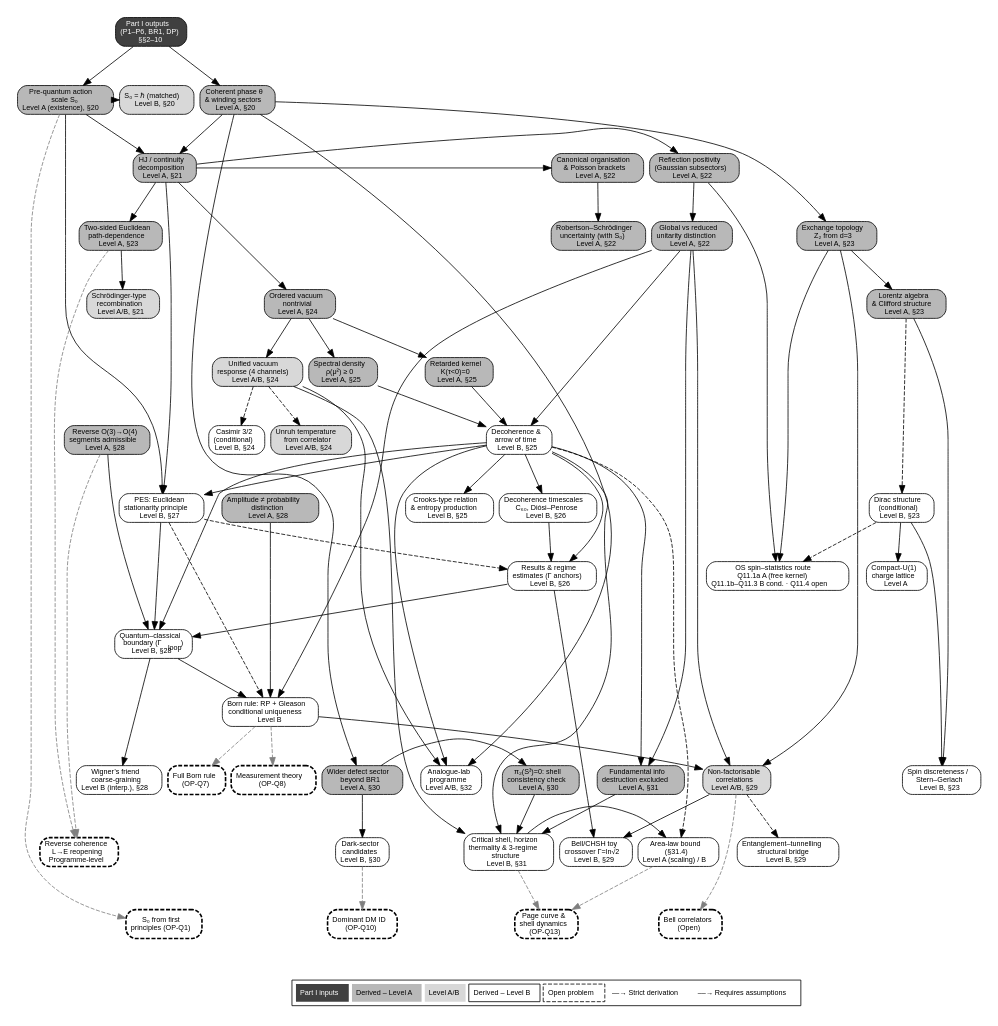
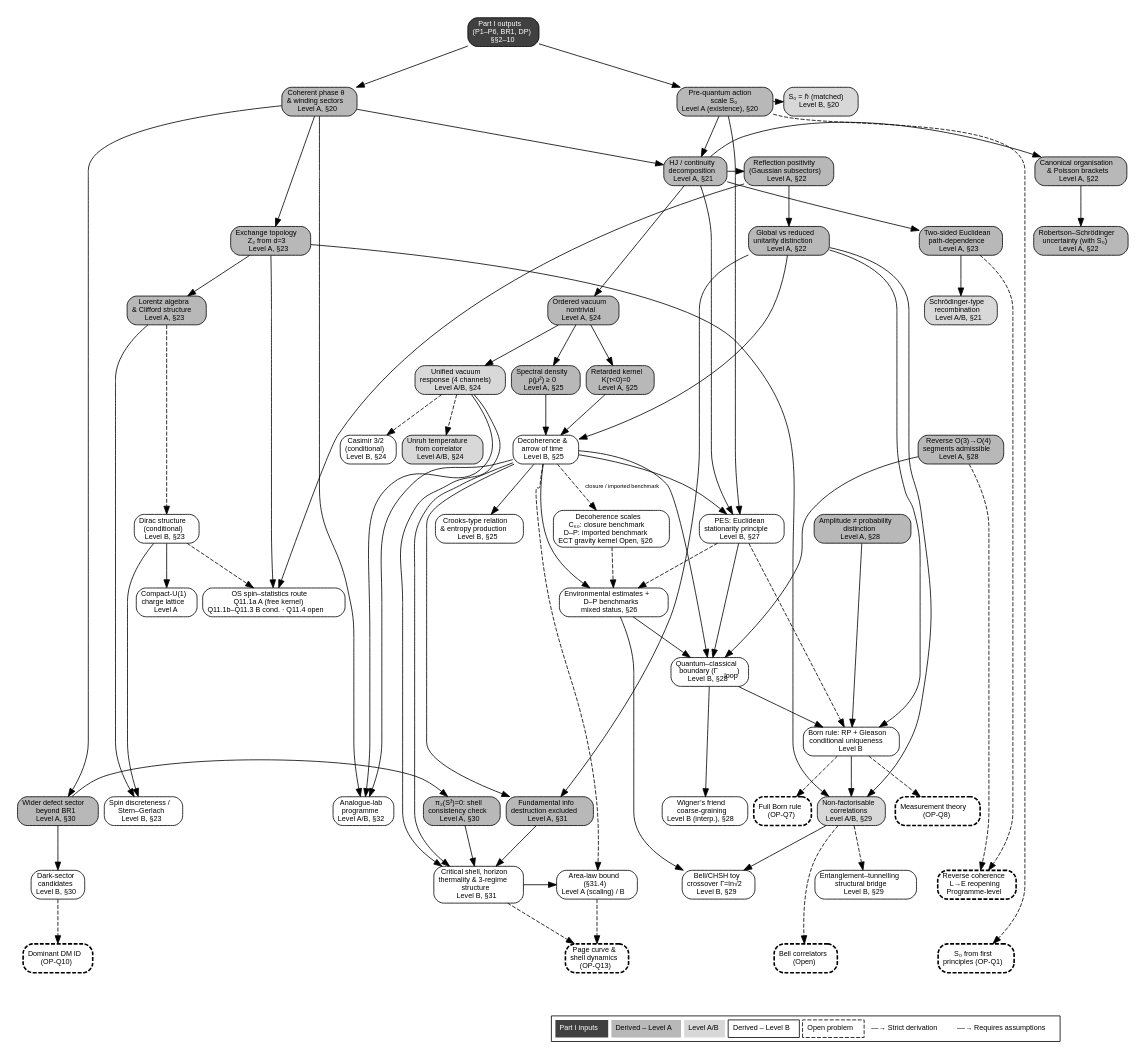
The diagram in scripts/fig_partIII_vertical_v2.gv (chufelo/ECT-preprint-code), drawn with Graphviz before and after one commit. The commit also changed 300 other files, not shown here.

```diff
--- a/scripts/fig_partIII_vertical_v2.gv
+++ b/scripts/fig_partIII_vertical_v2.gv
@@ -4,7 +4,7 @@
   margin="0";
   fontname="Helvetica";
   node [fontname="Helvetica", fontsize=9, shape=box, style="rounded,filled", margin="0.08,0.04"];
-  edge [fontname="Helvetica", fontsize=7];
+  edge [fontname="Helvetica", fontsize=7, color="black"];
   splines=true;
   nodesep=0.10;
   ranksep=0.68;
@@ -42,7 +42,7 @@
 
   node [fillcolor="#ffffff", fontcolor=black];
   decoh        [label=<Decoherence &#x26;<BR/>arrow of time<BR/>Level B, &#x00A7;25>];
-  tau_dec      [label=<Decoherence timescales<BR/>C&#x2086;&#x2080;, Di&#xF3;si&#x2013;Penrose<BR/>Level B, &#x00A7;26>];
+  tau_dec      [label=<Decoherence scales<BR/>C&#x2086;&#x2080;: closure benchmark<BR/>D&#x2013;P: imported benchmark<BR/>ECT gravity kernel Open, &#x00A7;26>];
   crooks       [label=<Crooks-type relation<BR/>&#x26; entropy production<BR/>Level B, &#x00A7;25>];
   born         [label=<Born rule: RP + Gleason<BR/>conditional uniqueness<BR/>Level B>];
   qc_boundary  [label=<Quantum&#x2013;classical<BR/>boundary (&#x0393;<SUB>loop</SUB>)<BR/>Level B, &#x00A7;28>];
@@ -53,7 +53,7 @@
   bh_shell     [label=<Critical shell, horizon<BR/>thermality &#x26; 3-regime<BR/>structure<BR/>Level B, &#x00A7;31>];
   dark_cand    [label=<Dark-sector<BR/>candidates<BR/>Level B, &#x00A7;30>];
   analogue     [label=<Analogue-lab<BR/>programme<BR/>Level A/B, &#x00A7;32>];
-  decoh_results [label=<Results &#x26; regime<BR/>estimates (&#x0393; anchors)<BR/>Level B, &#x00A7;26>];
+  decoh_results [label=<Environmental estimates +<BR/>D&#x2013;P benchmarks<BR/>mixed status, &#x00A7;26>];
   pes          [label=<PES: Euclidean<BR/>stationarity principle<BR/>Level B, &#x00A7;27>];
   wigner       [label=<Wigner&#x2019;s friend<BR/>coarse-graining<BR/>Level B (interp.), &#x00A7;28>];
   ent_tunnel   [label=<Entanglement&#x2013;tunnelling<BR/>structural bridge<BR/>Level B, &#x00A7;29>];
@@ -126,7 +126,7 @@
   retarded -> decoh;
   spectral -> decoh;
   decoh -> crooks;
-  decoh -> tau_dec;
+  decoh -> tau_dec [style=dashed, color="black", label="closure / imported benchmark"];
   decoh -> qc_boundary;
   reverse -> qc_boundary;
   qc_boundary -> born;
@@ -153,7 +153,7 @@
   pes -> born [style=dashed];
   pes -> qc_boundary;
   decoh -> decoh_results;
-  tau_dec -> decoh_results;
+  tau_dec -> decoh_results [style=dashed, color="black"];
   pes -> decoh_results [style=dashed, constraint=false];
   decoh_results -> qc_boundary;
   qc_boundary -> wigner;
@@ -162,22 +162,22 @@
   decoh_results -> bell_toy;
   lorentz_cliff -> stern_gerlach;
   dirac_cond -> stern_gerlach;
-  path_dep -> reverse_coh [style=dashed, color=gray50];
-  reverse -> reverse_coh [style=dashed, color=gray50];
+  path_dep -> reverse_coh [style=dashed, color="black"];
+  reverse -> reverse_coh [style=dashed, color="black"];
   S0 -> S0_match [style=dashed];
   lorentz_cliff -> dirac_cond [style=dashed];
   unified_vac -> casimir [style=dashed];
   unified_vac -> unruh_T [style=dashed];
-  born -> born_full [style=dashed, color=gray50];
-  born -> measurement [style=dashed, color=gray50];
+  born -> born_full [style=dashed, color="black"];
+  born -> measurement [style=dashed, color="black"];
   dirac_cond -> charge_quant;
   bh_shell -> area_law;
   decoh -> area_law [style=dashed];
-  area_law -> page_curve [style=dashed, color=gray50];
-  bh_shell -> page_curve [style=dashed, color=gray50];
-  entangle -> bell_full [style=dashed, color=gray50];
-  dark_cand -> dark_quant [style=dashed, color=gray50];
-  S0 -> S0_calc [style=dashed, color=gray50];
+  area_law -> page_curve [style=dashed, color="black"];
+  bh_shell -> page_curve [style=dashed, color="black"];
+  entangle -> bell_full [style=dashed, color="black"];
+  dark_cand -> dark_quant [style=dashed, color="black"];
+  S0 -> S0_calc [style=dashed, color="black"];
 
   // Legend
   node [shape=plaintext, style="", fillcolor=white];
```
